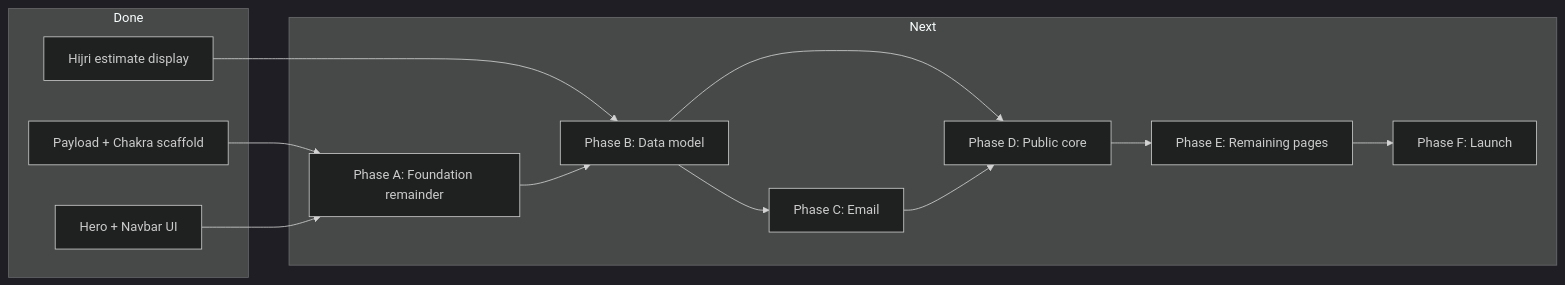
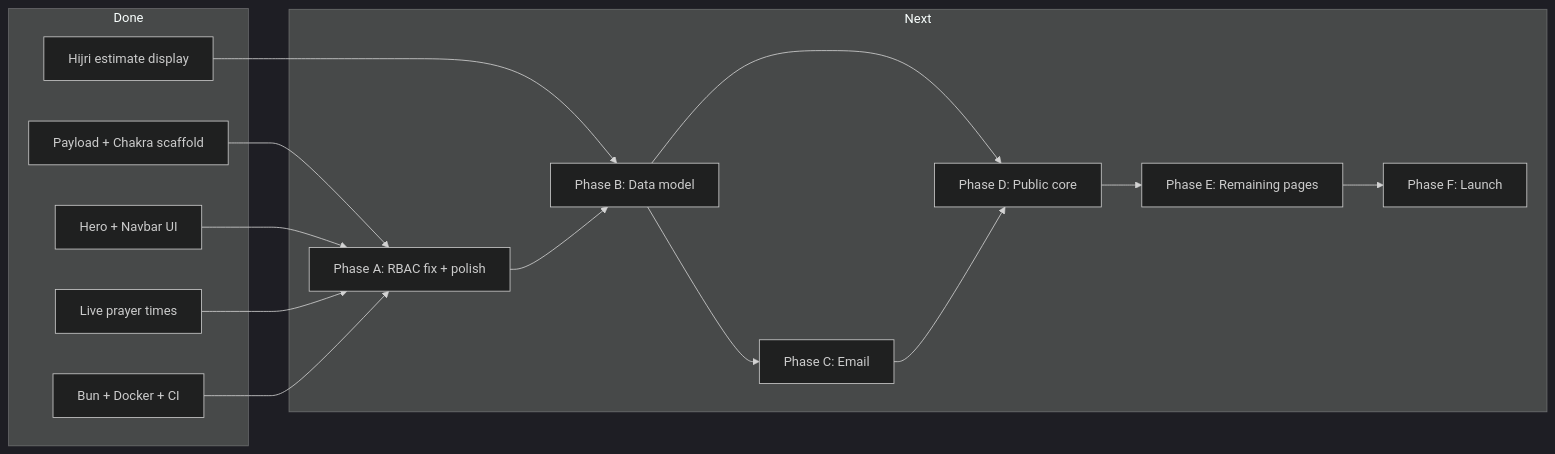
One commit to Captain-Fahd/al-furqan-institute changed the diagram in docs/REMAINING_WORK.md. Above: the diagram before and after it, drawn with Mermaid (dark theme). The commit also changed other lines of this file and 1 other file, not shown here.

````diff
--- a/docs/REMAINING_WORK.md
+++ b/docs/REMAINING_WORK.md
@@ -47,25 +48,29 @@
 ```mermaid
 flowchart LR
   subgraph done [Done]
     Scaffold[Payload + Chakra scaffold]
     HeroUI[Hero + Navbar UI]
     HijriEstimate[Hijri estimate display]
+    PrayerTimes[Live prayer times]
+    Tooling[Bun + Docker + CI]
   end
   subgraph next [Next]
-    Foundation[Phase A: Foundation remainder]
+    Foundation[Phase A: RBAC fix + polish]
     DataModel[Phase B: Data model]
     Email[Phase C: Email]
     PublicCore[Phase D: Public core]
     PublicPages[Phase E: Remaining pages]
     Launch[Phase F: Launch]
   end
   Scaffold --> Foundation
   HeroUI --> Foundation
   HijriEstimate --> DataModel
+  PrayerTimes --> Foundation
+  Tooling --> Foundation
   Foundation --> DataModel
   DataModel --> Email
   DataModel --> PublicCore
   Email --> PublicCore
   PublicCore --> PublicPages
   PublicPages --> Launch
 ```
````
